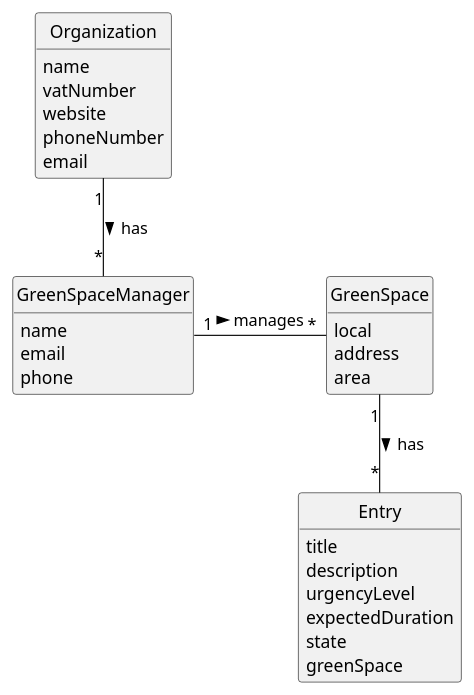
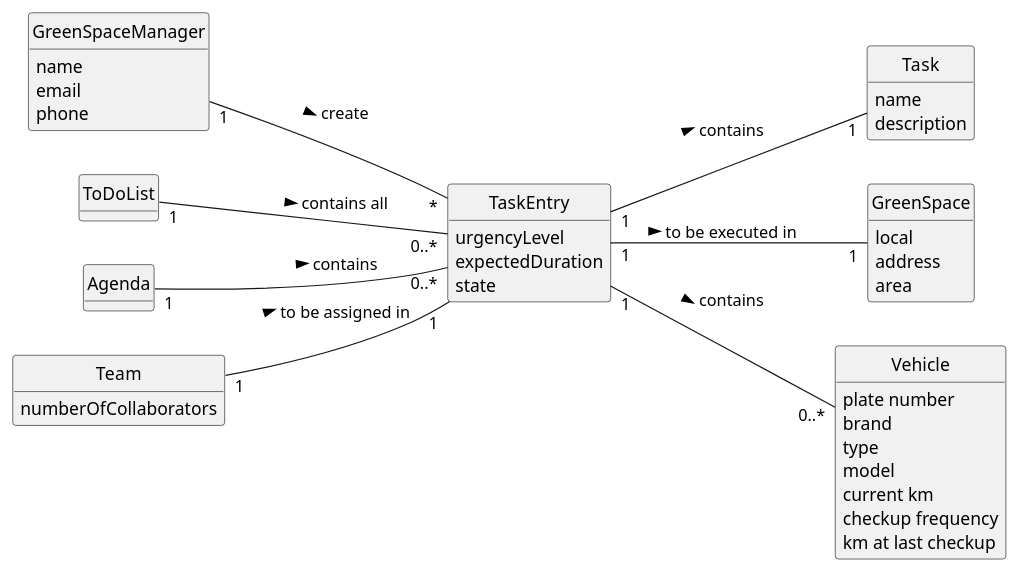
Before and after one commit to Departamento-de-Engenharia-Informatica/lei-24-s2-1dkl-g134: the diagram in docs/sprintC/us025/02.analysis/puml/us025-domain-model.puml, drawn with PlantUML. The commit also changed 2 other files, not shown here.

Commit message:
US025 Domain Model update

```diff
--- a/docs/sprintC/us025/02.analysis/puml/us025-domain-model.puml
+++ b/docs/sprintC/us025/02.analysis/puml/us025-domain-model.puml
@@ -1,43 +1,65 @@
 @startuml
 skinparam monochrome true
 skinparam packageStyle rectangle
 skinparam shadowing false
+
+left to right direction
 
 skinparam classAttributeIconSize 0
 
 hide circle
 hide methods
 
 
-class Organization {
+class GreenSpaceManager{
     name
-    vatNumber
-    website
-    phoneNumber
     email
+    phone
+}
+
+class ToDoList {
+}
+
+class Task {
+    name
+    description
+}
+
+class TaskEntry{
+    urgencyLevel
+    expectedDuration
+    state
+}
+
+class Agenda{
+}
+
+class Team {
+    numberOfCollaborators
 }
 
 class GreenSpace{
     local
     address
     area
 }
 
-class "Entry" {
-    title
-    description
-    urgencyLevel
-    expectedDuration
-    state
-    greenSpace
-}
-class GreenSpaceManager {
-    name
-    email
-    phone
+class Vehicle {
+    plate number
+    brand
+    type
+    model
+    current km
+    checkup frequency
+    km at last checkup
 }
 
-Organization "1" -- "*" GreenSpaceManager : has >
-GreenSpace "1" -- "*" "Entry" : has >
-GreenSpaceManager "1" - "*" GreenSpace : manages >
+"GreenSpaceManager" "1" -- "*" "TaskEntry" :  create >
+TaskEntry "1"--"1" Task : contains >
+TaskEntry "1"--"1" GreenSpace : to be executed in >
+Team "1"--"1" TaskEntry : to be assigned in >
+Agenda "1"--"0..*" TaskEntry : contains >
+ToDoList "1"--"0..*" TaskEntry : contains all >
+TaskEntry "1"--"0..*" Vehicle : contains >
+
 @enduml
```
